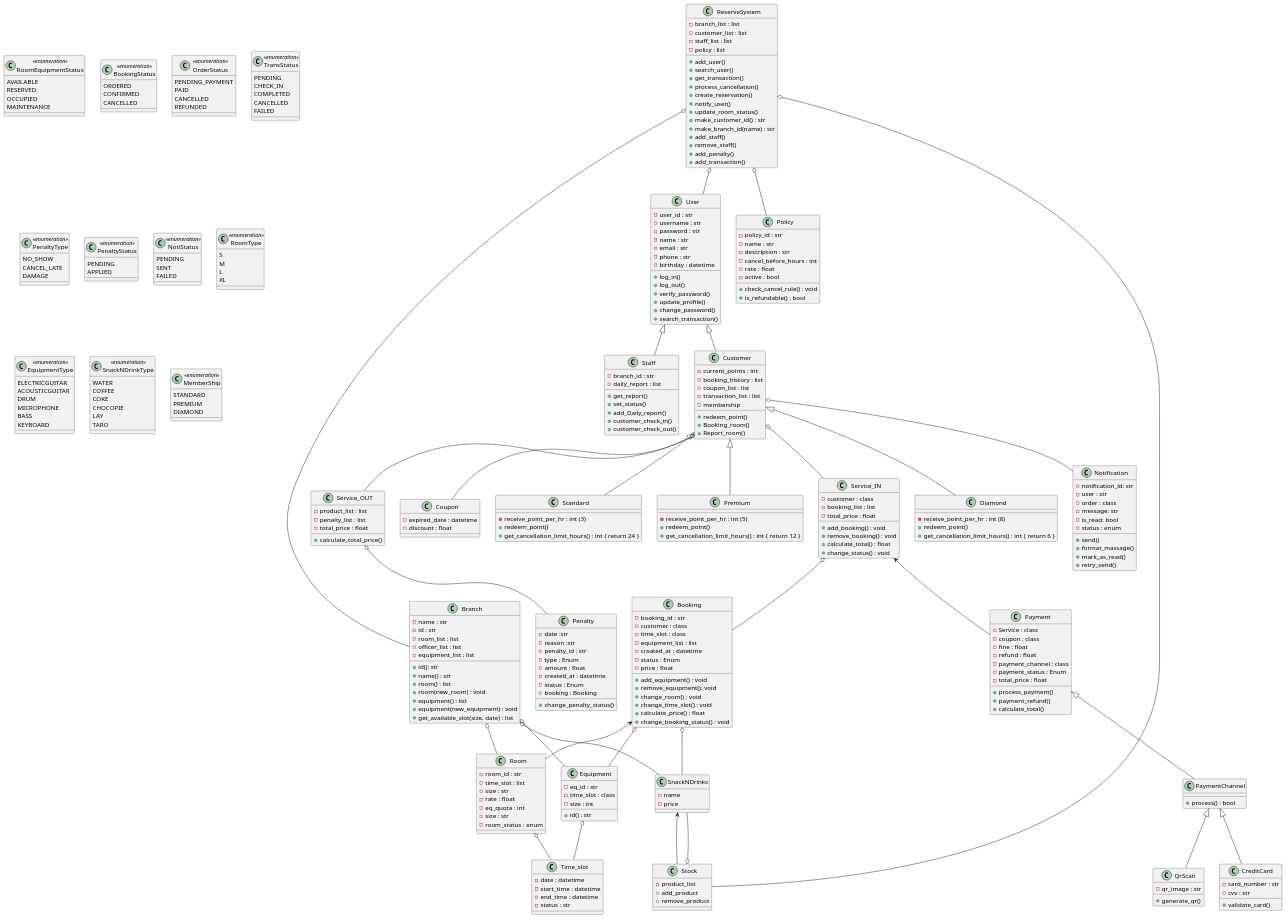
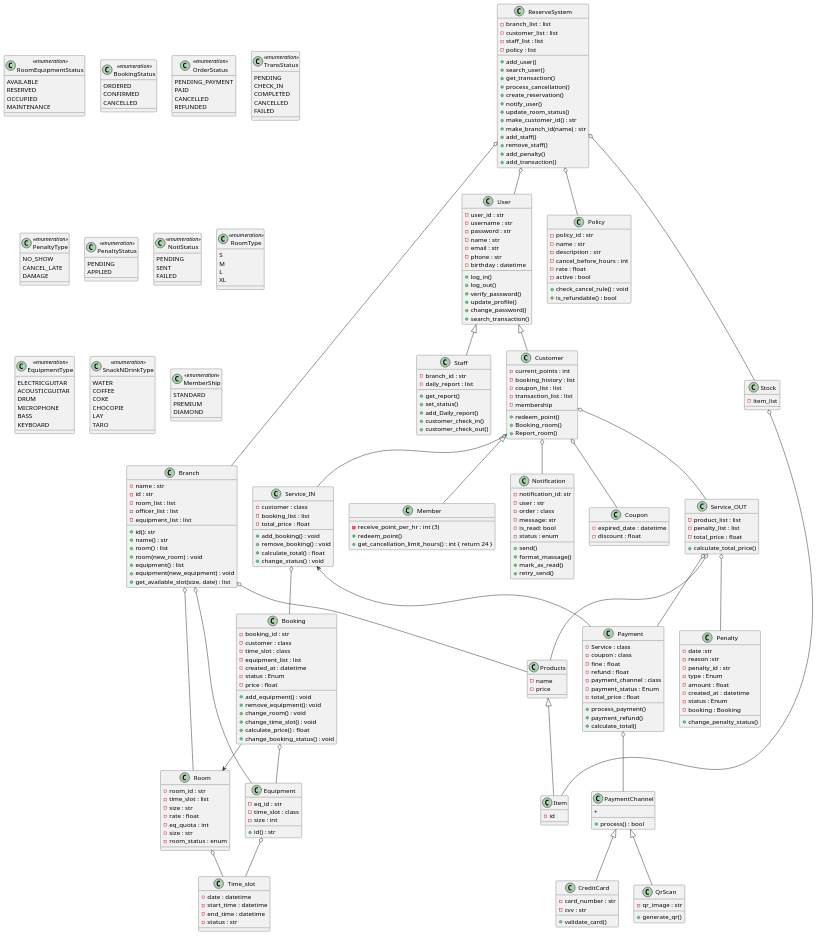
One commit to pjngth998/RhythmReserve changed the diagram in diagram/class_diagram.puml. Above: the diagram before and after it, drawn with PlantUML. The commit also changed 4 other files, not shown here.

```diff
--- a/diagram/class_diagram.puml
+++ b/diagram/class_diagram.puml
@@ -114,6 +114,7 @@
 
 class PaymentChannel{
     +process() : bool
+    +
 }
 
 class QrScan{
@@ -198,23 +199,13 @@
     +Report_room()
 }
 
-class Standard{
+class Member{
     -receive_point_per_hr : int (3)
     +redeem_point()
     +get_cancellation_limit_hours() : int { return 24 }
 }
 
-class Premium{
-    -receive_point_per_hr : int (5)
-    +redeem_point()
-    +get_cancellation_limit_hours() : int { return 12 }
-}
 
-class Diamond{
-    -receive_point_per_hr : int (8)
-    +redeem_point()
-    +get_cancellation_limit_hours() : int { return 6 }
-}
 
 class PenaltyType <<enumeration>> {
     NO_SHOW
@@ -283,16 +274,20 @@
 }
 
 'to service_out
-class SnackNDrinks{ 
+class Products{ 
     -name
     -price
 }
 
+class Item{
+    -id
+}
+
+
 class Stock{
-    -product_list
-    +add_product
-    +remove_product
+    -item_list
 }
+
 
 
 class RoomType <<enumeration>>{
@@ -331,13 +326,10 @@
 
 ReserveSystem o-- User
 ReserveSystem o-- Stock
-Stock o-- SnackNDrinks
 User <|-- Staff
 User <|-- Customer
-Customer <|-- Standard
-Customer <|-- Premium
-Customer <|-- Diamond
-Payment <|-- PaymentChannel 
+Customer <|-- Member
+Payment o-- PaymentChannel 
 PaymentChannel <|-- QrScan
 PaymentChannel <|-- CreditCard
 ReserveSystem o-- Branch
@@ -348,15 +340,16 @@
 Room o-- Time_slot
 Equipment o-- Time_slot
 Service_IN o-- Booking
-' Customer o-- Transaction
 Customer o-- Notification
 Service_IN <-- Payment
-Booking <-- Room
+Service_OUT o-- Payment
+Booking --> Room
 Booking o-- Equipment
-Booking o-- SnackNDrinks
-Branch o-- SnackNDrinks
+Branch o-- Products
+Service_OUT o-- Products
 Service_OUT o-- Penalty
 Customer o-- Service_OUT
 Customer o-- Service_IN
-SnackNDrinks <-- Stock
+Products <|-- Item
+Stock o-- Item
 @enduml
```
